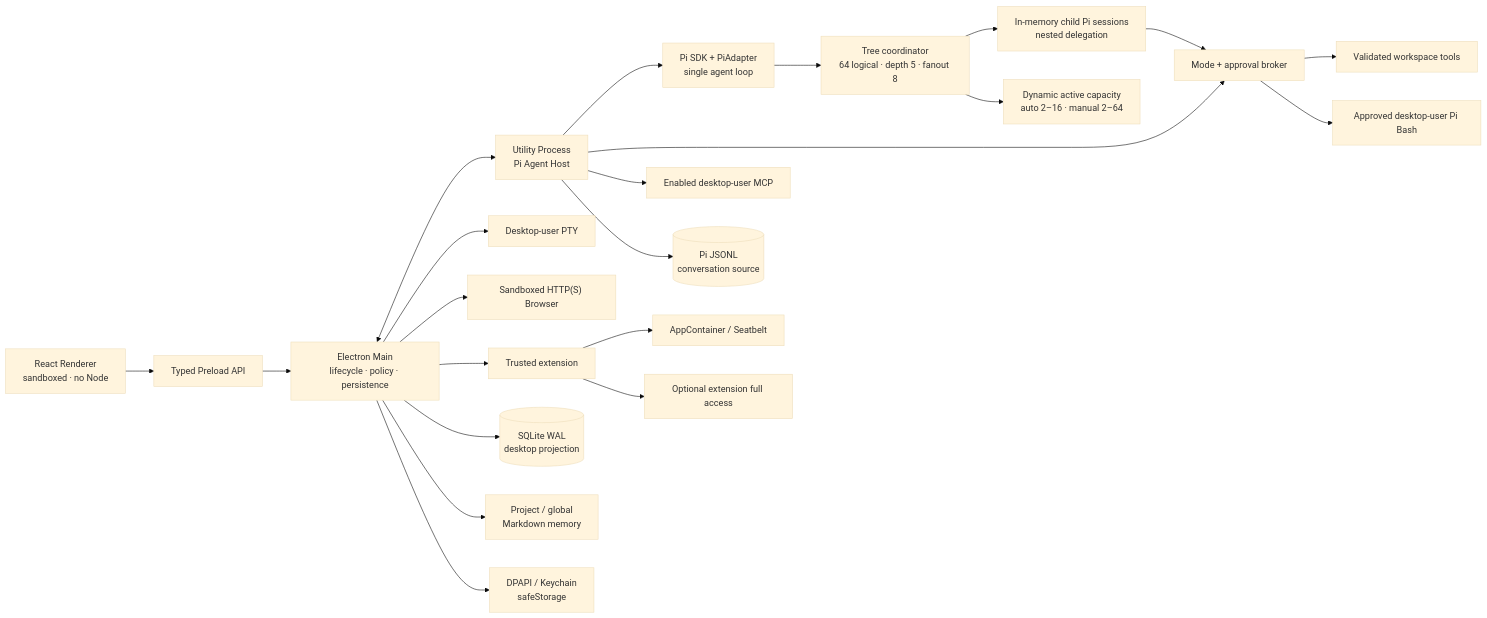
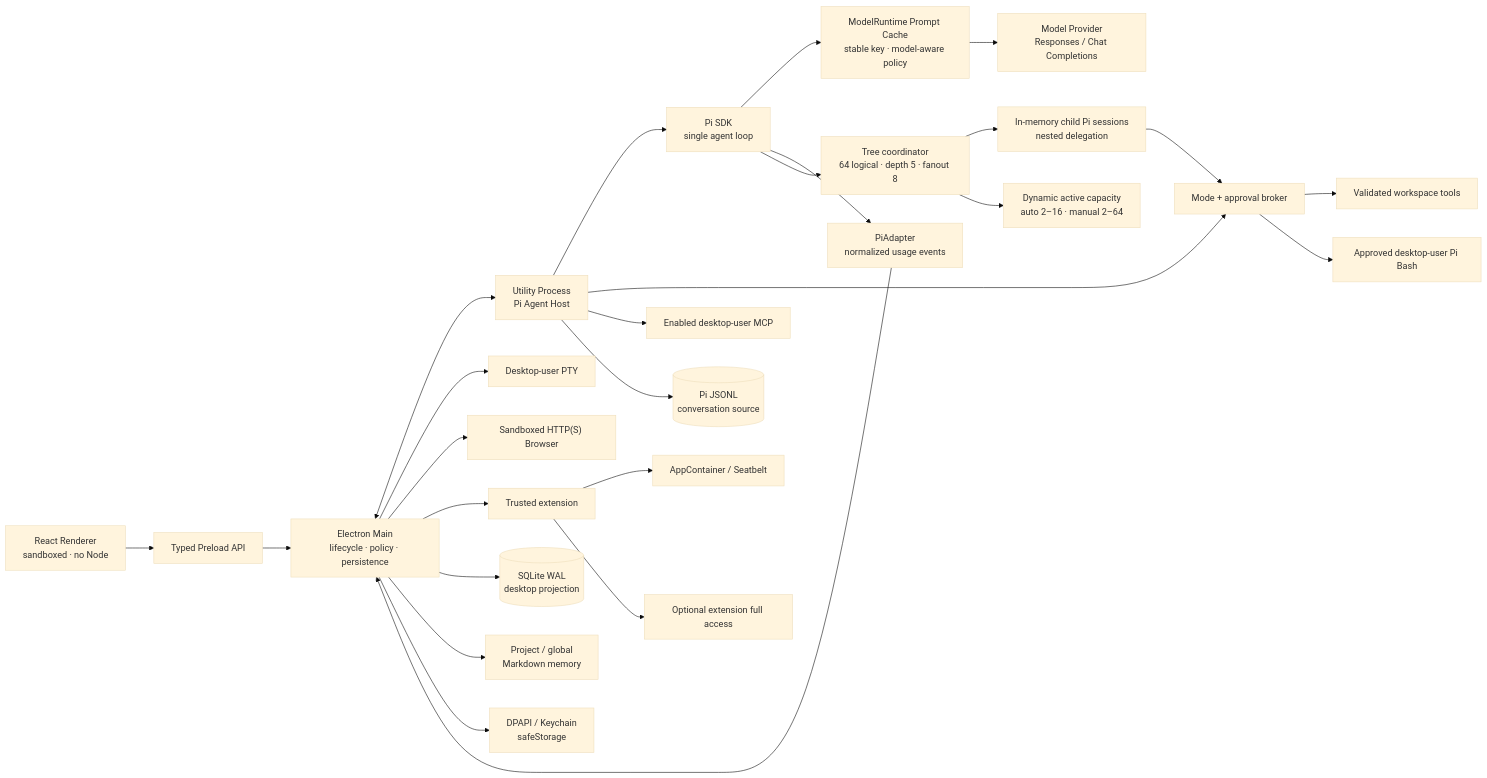
The second of 2 diagrams in README.md (EurekaRaider/Artemis), drawn with Mermaid (base theme) before and after one commit. The commit also changed other lines of this file and 9 other files, not shown here.

````diff
--- a/README.md
+++ b/README.md
@@ -899,26 +920,30 @@
 ```mermaid
 flowchart LR
     UI["React Renderer<br/>sandboxed · no Node"] --> Preload["Typed Preload API"]
     Preload --> Main["Electron Main<br/>lifecycle · policy · persistence"]
     Main <--> Agent["Utility Process<br/>Pi Agent Host"]
 
-    Agent --> Pi["Pi SDK + PiAdapter<br/>single agent loop"]
+    Agent --> Pi["Pi SDK<br/>single agent loop"]
+    Pi --> Cache["ModelRuntime Prompt Cache<br/>stable key · model-aware policy"]
+    Cache --> Provider["Model Provider<br/>Responses / Chat Completions"]
+    Pi --> Adapter["PiAdapter<br/>normalized usage events"]
+    Adapter --> Main
     Pi --> Team["Tree coordinator<br/>64 logical · depth 5 · fanout 8"]
     Team --> Children["In-memory child Pi sessions<br/>nested delegation"]
     Team --> Capacity["Dynamic active capacity<br/>auto 2–16 · manual 2–64"]
     Agent --> Gate["Mode + approval broker"]
     Children --> Gate
     Gate --> Workspace["Validated workspace tools"]
     Gate --> UserExec["Approved desktop-user Pi Bash"]
     Agent --> MCP["Enabled desktop-user MCP"]
     Main --> Terminal["Desktop-user PTY"]
     Main --> Browser["Sandboxed HTTP(S) Browser"]
     Main --> Extension["Trusted extension"]
     Extension --> Native["AppContainer / Seatbelt"]
     Extension --> FullAccess["Optional extension full access"]
 
     Main --> SQLite[("SQLite WAL<br/>desktop projection")]
     Agent --> JSONL[("Pi JSONL<br/>conversation source")]
     Main --> Memory["Project / global<br/>Markdown memory"]
     Main --> Secrets["DPAPI / Keychain<br/>safeStorage"]
 ```
````
